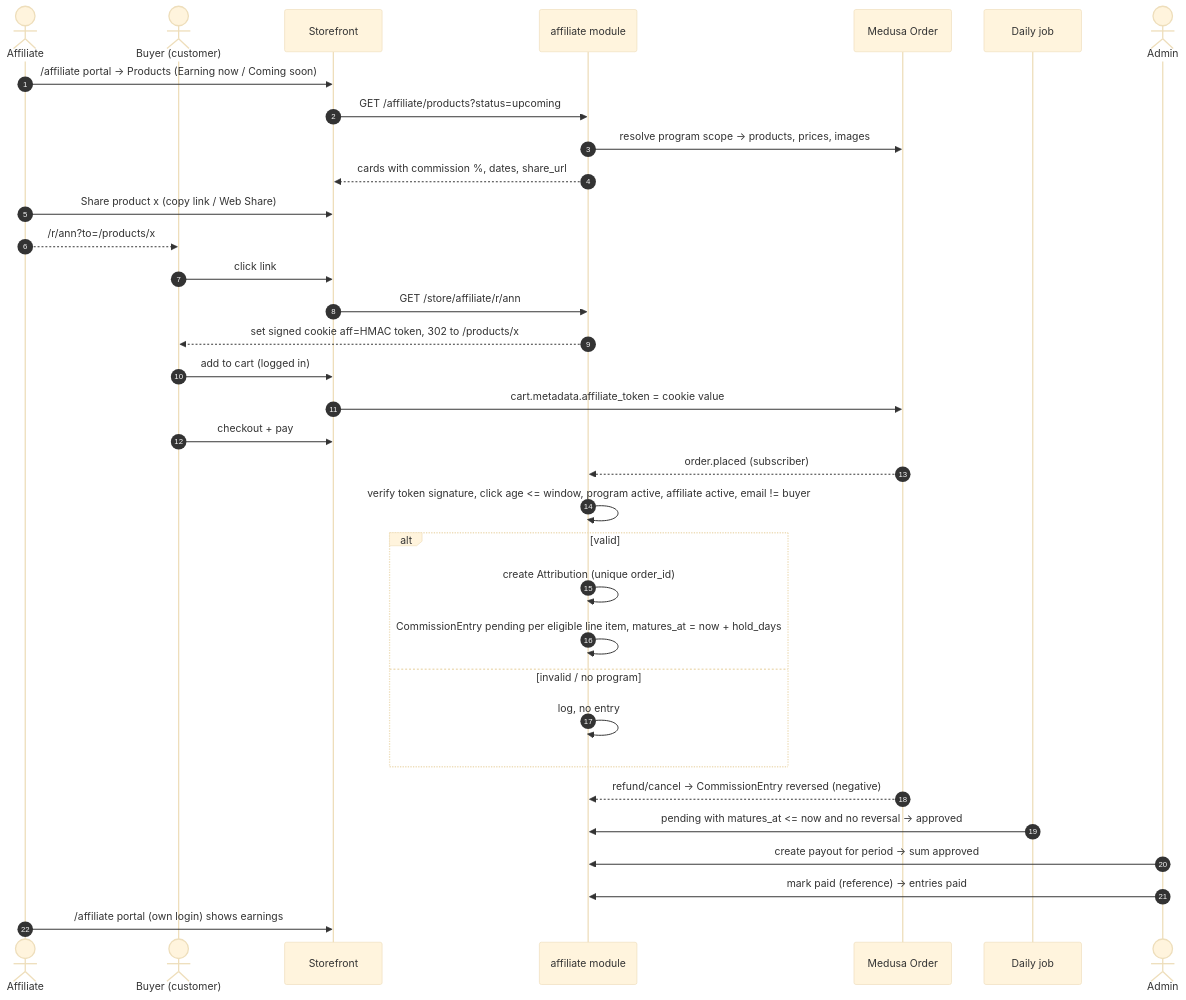
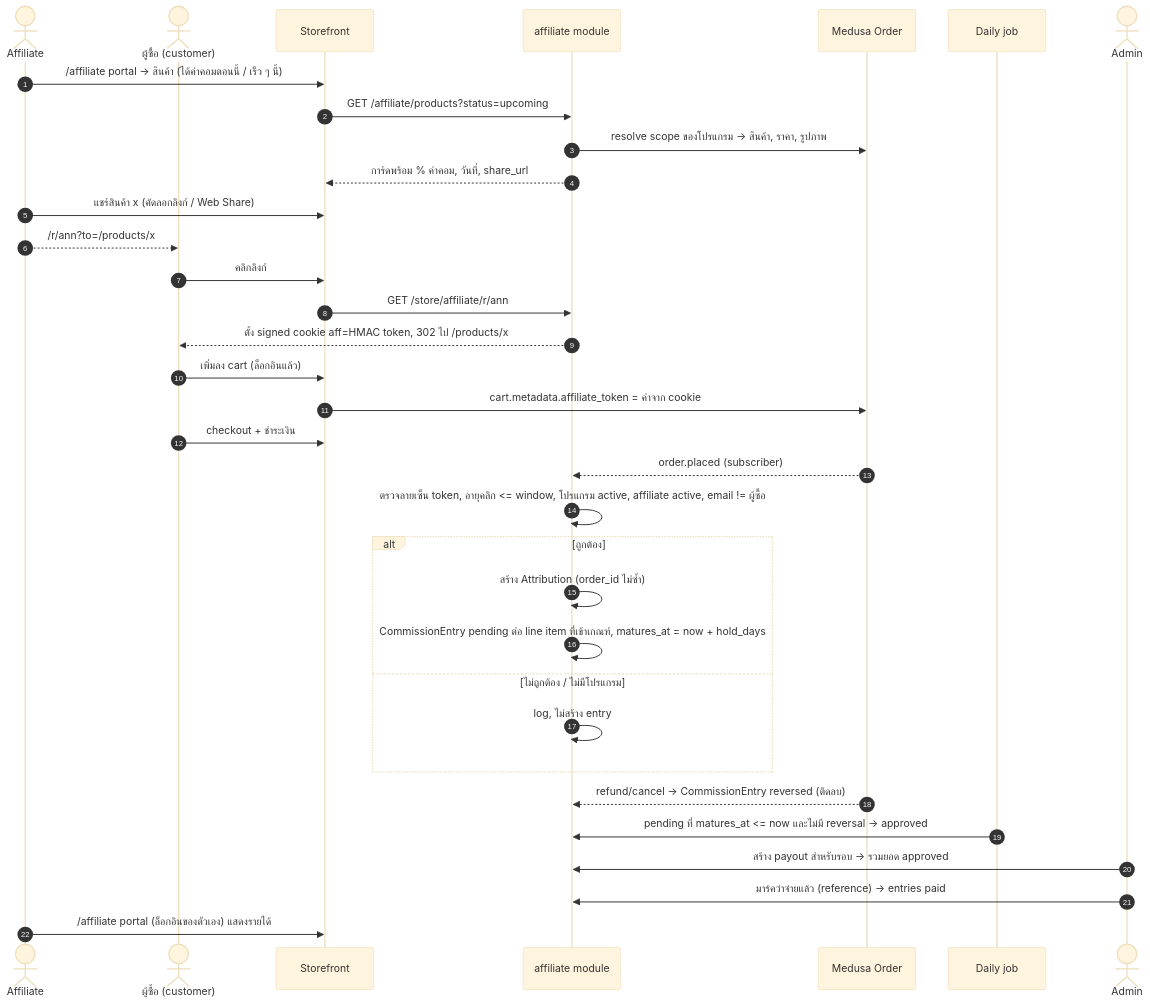
One commit to techpowerdev/medusa-ecom changed the sixth of 7 diagrams in docs/design/sequence-diagrams.md. Above: the diagram before and after it, drawn with Mermaid (base theme). The commit also changed other lines of this file and 25 other files, not shown here.

````diff
--- a/docs/design/sequence-diagrams.md
+++ b/docs/design/sequence-diagrams.md
@@ -138,37 +138,37 @@
 ```mermaid
 sequenceDiagram
   autonumber
   actor AF as Affiliate
-  actor B as Buyer (customer)
+  actor B as ผู้ซื้อ (customer)
   participant SF as Storefront
   participant AM as affiliate module
   participant API as Medusa Order
   participant JOB as Daily job
   actor AD as Admin
 
-  AF->>SF: /affiliate portal → Products (Earning now / Coming soon)
+  AF->>SF: /affiliate portal → สินค้า (ได้ค่าคอมตอนนี้ / เร็ว ๆ นี้)
   SF->>AM: GET /affiliate/products?status=upcoming
-  AM->>API: resolve program scope → products, prices, images
-  AM-->>SF: cards with commission %, dates, share_url
-  AF->>SF: Share product x (copy link / Web Share)
+  AM->>API: resolve scope ของโปรแกรม → สินค้า, ราคา, รูปภาพ
+  AM-->>SF: การ์ดพร้อม % ค่าคอม, วันที่, share_url
+  AF->>SF: แชร์สินค้า x (คัดลอกลิงก์ / Web Share)
   AF-->>B: /r/ann?to=/products/x
-  B->>SF: click link
+  B->>SF: คลิกลิงก์
   SF->>AM: GET /store/affiliate/r/ann
-  AM-->>B: set signed cookie aff=HMAC token, 302 to /products/x
-  B->>SF: add to cart (logged in)
-  SF->>API: cart.metadata.affiliate_token = cookie value
-  B->>SF: checkout + pay
+  AM-->>B: ตั้ง signed cookie aff=HMAC token, 302 ไป /products/x
+  B->>SF: เพิ่มลง cart (ล็อกอินแล้ว)
+  SF->>API: cart.metadata.affiliate_token = ค่าจาก cookie
+  B->>SF: checkout + ชำระเงิน
   API-->>AM: order.placed (subscriber)
-  AM->>AM: verify token signature, click age <= window, program active, affiliate active, email != buyer
-  alt valid
-    AM->>AM: create Attribution (unique order_id)
-    AM->>AM: CommissionEntry pending per eligible line item, matures_at = now + hold_days
-  else invalid / no program
-    AM->>AM: log, no entry
+  AM->>AM: ตรวจลายเซ็น token, อายุคลิก <= window, โปรแกรม active, affiliate active, email != ผู้ซื้อ
+  alt ถูกต้อง
+    AM->>AM: สร้าง Attribution (order_id ไม่ซ้ำ)
+    AM->>AM: CommissionEntry pending ต่อ line item ที่เข้าเกณฑ์, matures_at = now + hold_days
+  else ไม่ถูกต้อง / ไม่มีโปรแกรม
+    AM->>AM: log, ไม่สร้าง entry
   end
-  API-->>AM: refund/cancel → CommissionEntry reversed (negative)
-  JOB->>AM: pending with matures_at <= now and no reversal → approved
-  AD->>AM: create payout for period → sum approved
-  AD->>AM: mark paid (reference) → entries paid
-  AF->>SF: /affiliate portal (own login) shows earnings
+  API-->>AM: refund/cancel → CommissionEntry reversed (ติดลบ)
+  JOB->>AM: pending ที่ matures_at <= now และไม่มี reversal → approved
+  AD->>AM: สร้าง payout สำหรับรอบ → รวมยอด approved
+  AD->>AM: มาร์คว่าจ่ายแล้ว (reference) → entries paid
+  AF->>SF: /affiliate portal (ล็อกอินของตัวเอง) แสดงรายได้
 ```
````
